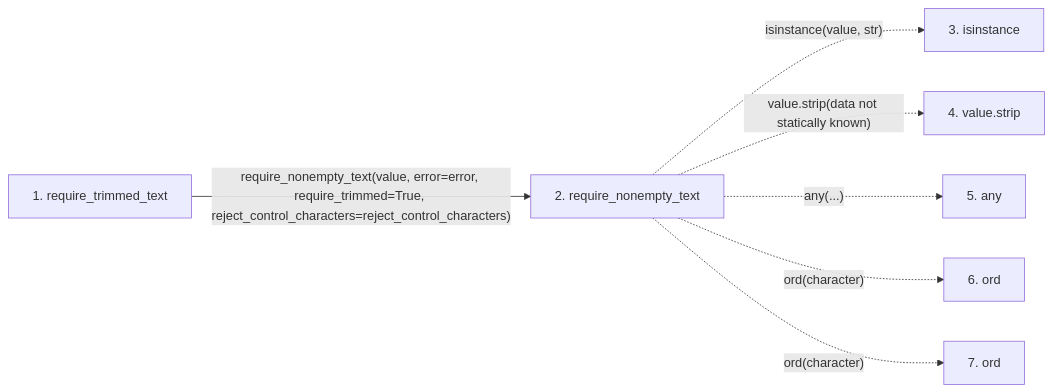
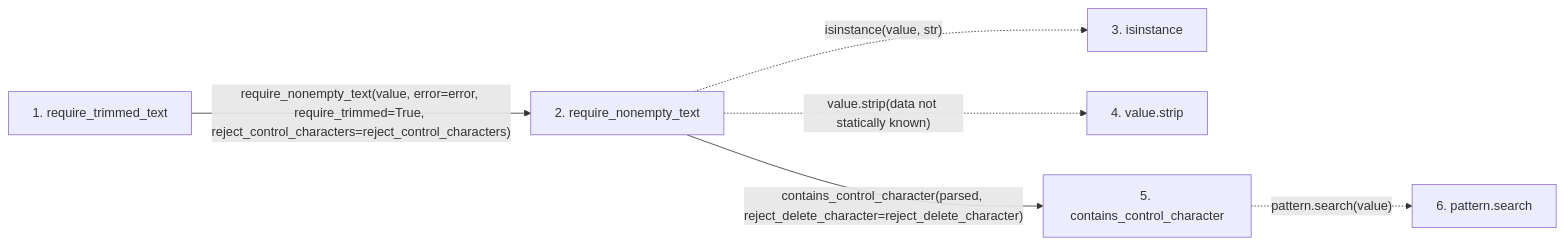
Before and after one commit to Denissvgn/python-wiki-llm: the second of 2 diagrams in docs/llm_wiki/flows/api-require_trimmed_text.md, drawn with Mermaid. The commit also changed other lines of this file and 865 other files, not shown here.

````diff
--- a/docs/llm_wiki/flows/api-require_trimmed_text.md
+++ b/docs/llm_wiki/flows/api-require_trimmed_text.md
@@ -29,18 +28,17 @@
 ```mermaid
 flowchart LR
     s1["1. require_trimmed_text"]
     s2["2. require_nonempty_text"]
     s3["3. isinstance"]
     s4["4. value.strip"]
-    s5["5. any"]
-    s6["6. ord"]
-    s7["7. ord"]
+    s5["5. contains_control_character"]
+    s6["6. pattern.search"]
     s1 -->|"require_nonempty_text(value, error=error, require_trimmed=True, reject_control_characters=reject_control_characters)"| s2
     s2 -. "isinstance(value, str)" .-> s3
     s2 -. "value.strip(data not statically known)" .-> s4
-    s2 -. "any(...)" .-> s5
-    s2 -. "ord(character)" .-> s6
-    s2 -. "ord(character)" .-> s7
+    s2 -->|"contains_control_character(parsed, reject_delete_character=reject_delete_character)"| s5
+    s5 -. "pattern.search(value)" .-> s6
     click s1 "../modules/validation.md"
     click s2 "../modules/validation.md"
+    click s5 "../modules/validation.md"
 ```
````
